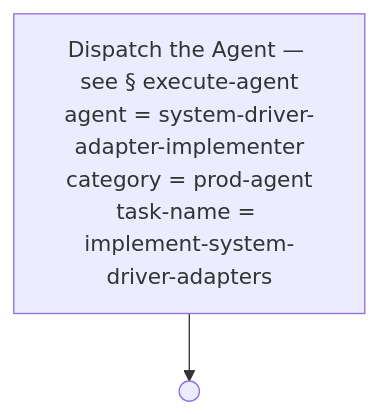
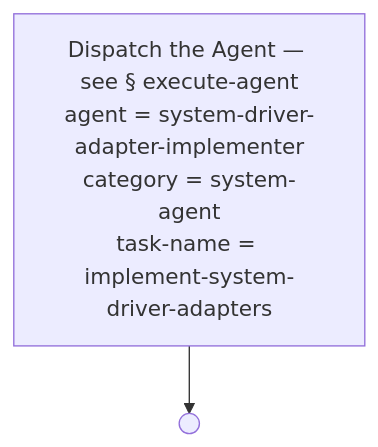
One commit to optivem/gh-optivem changed diagram 28 of 54 in docs/process-diagram.md. Above: the diagram before and after it, drawn with Mermaid. The commit also changed other lines of this file and 12 other files, not shown here.

Commit message:
atdd: regenerate process-flow diagram

````diff
--- a/docs/process-diagram.md
+++ b/docs/process-diagram.md
@@ -592,7 +592,7 @@
 ```mermaid
 flowchart TD
-    EXECUTE_AGENT["Dispatch the Agent — see § execute-agent<br/>agent = system-driver-adapter-implementer<br/>category = prod-agent<br/>task-name = implement-system-driver-adapters"]
+    EXECUTE_AGENT["Dispatch the Agent — see § execute-agent<br/>agent = system-driver-adapter-implementer<br/>category = system-agent<br/>task-name = implement-system-driver-adapters"]
     IMPL_SYS_DA_END(( ))
 
     EXECUTE_AGENT --> IMPL_SYS_DA_END
 ```
````
